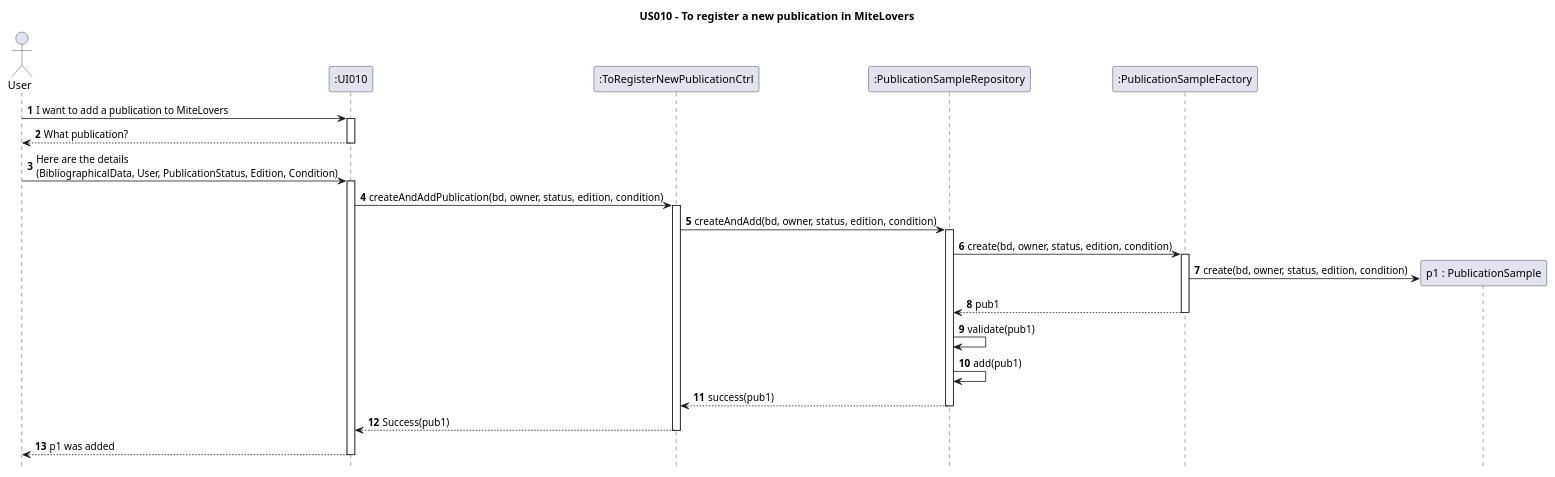
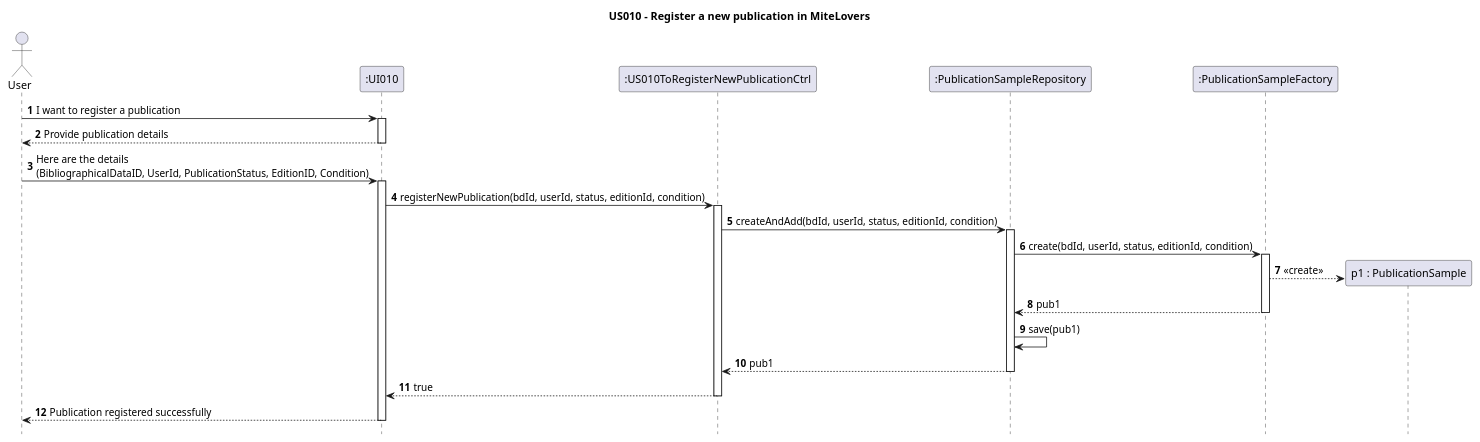
Before and after one commit to AndrePereiraGitH/SWitCH-Project-Team_A: the diagram in Diagrams/SequenceDiagrams/N2/US010-to-register-a-publication-to-add-to-library.puml, drawn with PlantUML. The commit also changed 1 other file, not shown here.

Commit message:
Docs #561 (US010): updated SD and CD diagrams to reflect DDD refactoring

```diff
--- a/Diagrams/SequenceDiagrams/N2/US010-to-register-a-publication-to-add-to-library.puml
+++ b/Diagrams/SequenceDiagrams/N2/US010-to-register-a-publication-to-add-to-library.puml
@@ -1,52 +1,47 @@
 @startuml
 hide footbox
 autonumber
-title US010 - To register a new publication in MiteLovers
-
-' As a User, I want to register a new publication
-' in the system, so that I can add the
-' publication to my library.
+title US010 - Register a new publication in MiteLovers
 
 actor User
 participant ":UI010" as UI
-participant ":ToRegisterNewPublicationCtrl" as Ctrl
+participant ":US010ToRegisterNewPublicationCtrl" as Ctrl
 participant ":PublicationSampleRepository" as SystemRepo
 participant ":PublicationSampleFactory" as Factory
 
-User -> UI : I want to add a publication to MiteLovers
+User -> UI : I want to register a publication
 activate UI
 
-UI --> User : What publication?
+UI --> User : Provide publication details
 deactivate UI
 
-User -> UI : Here are the details \n(BibliographicalData, User, PublicationStatus, Edition, Condition)
+User -> UI : Here are the details \n(BibliographicalDataID, UserId, PublicationStatus, EditionID, Condition)
 activate UI
 
-UI -> Ctrl : createAndAddPublication(bd, owner, status, edition, condition)
+UI -> Ctrl : registerNewPublication(bdId, userId, status, editionId, condition)
 activate Ctrl
 
-Ctrl -> SystemRepo : createAndAdd(bd, owner, status, edition, condition)
+Ctrl -> SystemRepo : createAndAdd(bdId, userId, status, editionId, condition)
 activate SystemRepo
 
-SystemRepo -> Factory : create(bd, owner, status, edition, condition)
+SystemRepo -> Factory : create(bdId, userId, status, editionId, condition)
 activate Factory
 
 create "p1 : PublicationSample" as pub1
-Factory -> pub1 : create(bd, owner, status, edition, condition)
+Factory --> pub1 : «create»
 
 Factory --> SystemRepo : pub1
 deactivate Factory
 
-SystemRepo -> SystemRepo : validate(pub1)
-SystemRepo -> SystemRepo : add(pub1)
+SystemRepo -> SystemRepo : save(pub1)
 
-SystemRepo --> Ctrl : success(pub1)
+SystemRepo --> Ctrl : pub1
 deactivate SystemRepo
 
-Ctrl --> UI : Success(pub1)
+Ctrl --> UI : true
 deactivate Ctrl
 
-UI --> User : p1 was added
+UI --> User : Publication registered successfully
 deactivate UI
 
 @enduml
```
